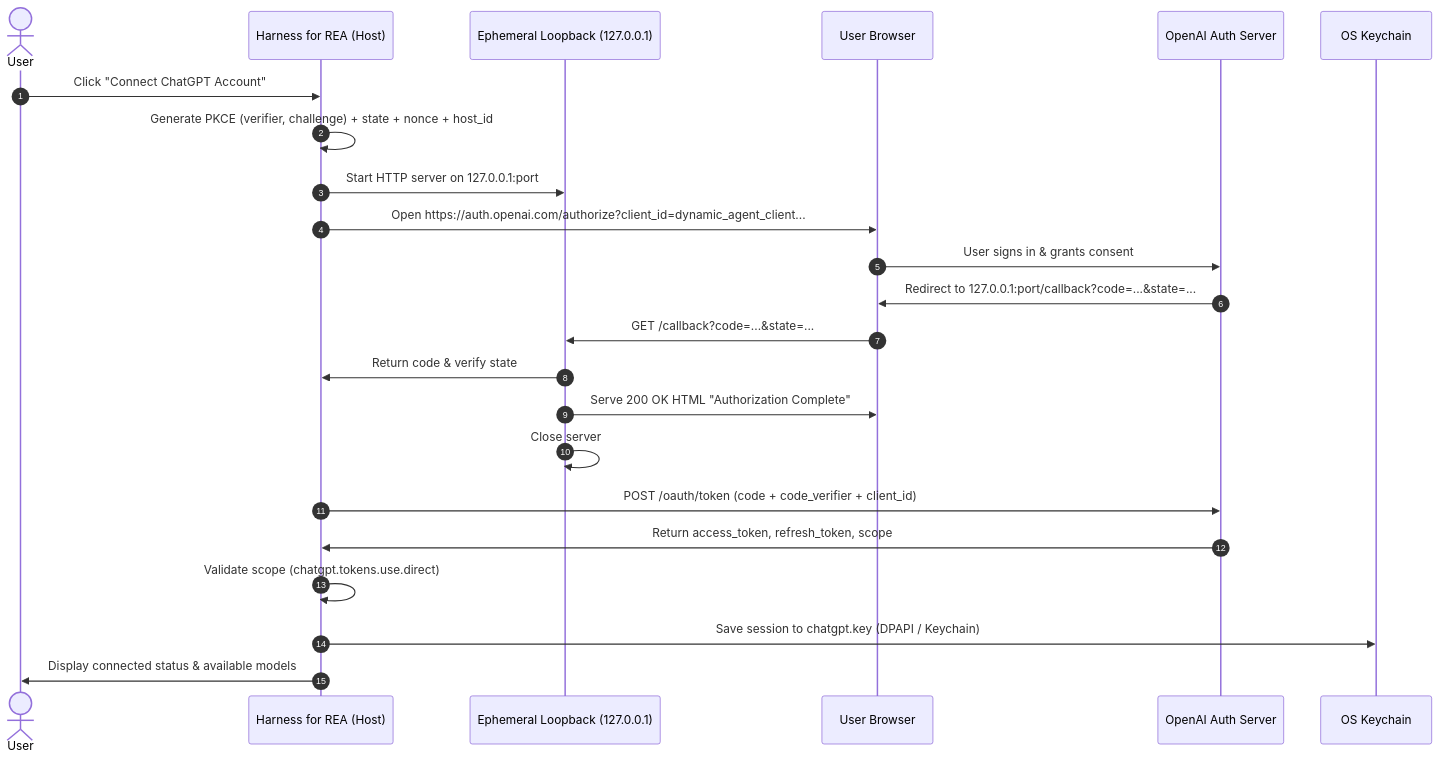
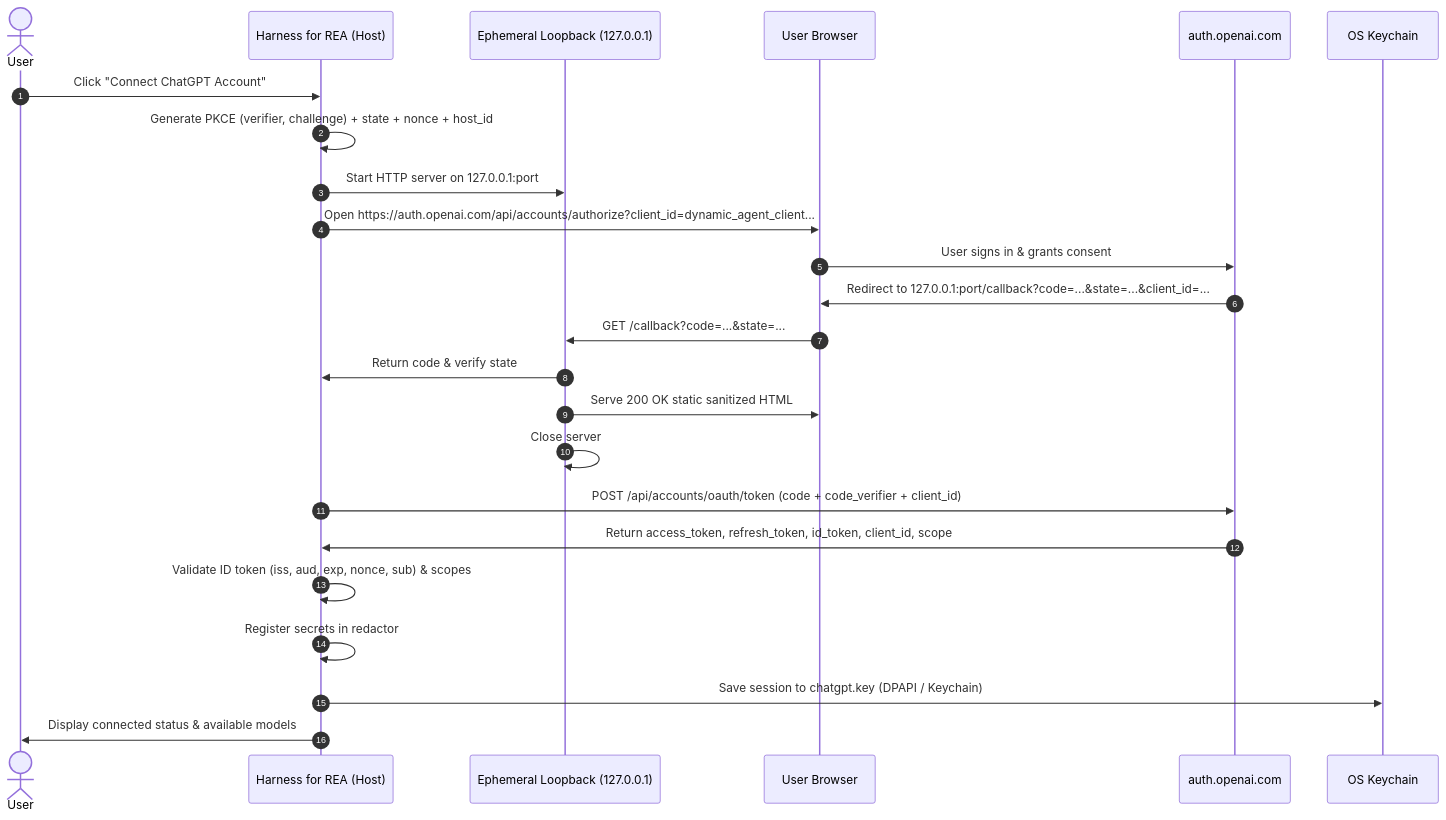
The first of 2 diagrams in specs/chatgpt-auth/design.md (protonspy/harness-for-rea), drawn with Mermaid before and after one commit. The commit also changed other lines of this file and 11 other files, not shown here.

Commit message:
fix(chatgpt-auth): resolve code review findings on endpoints, id token, responses streaming and host wiring

````diff
--- a/specs/chatgpt-auth/design.md
+++ b/specs/chatgpt-auth/design.md
@@ -9,26 +9,27 @@
 ```mermaid
 sequenceDiagram
     autonumber
-    actor User
+    actor User as User
     participant App as Harness for REA (Host)
     participant Loopback as Ephemeral Loopback (127.0.0.1)
     participant Browser as User Browser
-    participant OpenAI as OpenAI Auth Server
+    participant OpenAI as auth.openai.com
     participant Keychain as OS Keychain
 
     User->>App: Click "Connect ChatGPT Account"
     App->>App: Generate PKCE (verifier, challenge) + state + nonce + host_id
     App->>Loopback: Start HTTP server on 127.0.0.1:port
-    App->>Browser: Open https://auth.openai.com/authorize?client_id=dynamic_agent_client...
+    App->>Browser: Open https://auth.openai.com/api/accounts/authorize?client_id=dynamic_agent_client...
     Browser->>OpenAI: User signs in & grants consent
-    OpenAI->>Browser: Redirect to 127.0.0.1:port/callback?code=...&state=...
+    OpenAI->>Browser: Redirect to 127.0.0.1:port/callback?code=...&state=...&client_id=...
     Browser->>Loopback: GET /callback?code=...&state=...
     Loopback->>App: Return code & verify state
-    Loopback->>Browser: Serve 200 OK HTML "Authorization Complete"
+    Loopback->>Browser: Serve 200 OK static sanitized HTML
     Loopback->>Loopback: Close server
-    App->>OpenAI: POST /oauth/token (code + code_verifier + client_id)
-    OpenAI->>App: Return access_token, refresh_token, scope
-    App->>App: Validate scope (chatgpt.tokens.use.direct)
+    App->>OpenAI: POST /api/accounts/oauth/token (code + code_verifier + client_id)
+    OpenAI->>App: Return access_token, refresh_token, id_token, client_id, scope
+    App->>App: Validate ID token (iss, aud, exp, nonce, sub) & scopes
+    App->>App: Register secrets in redactor
     App->>Keychain: Save session to chatgpt.key (DPAPI / Keychain)
     App->>User: Display connected status & available models
 ```
````
